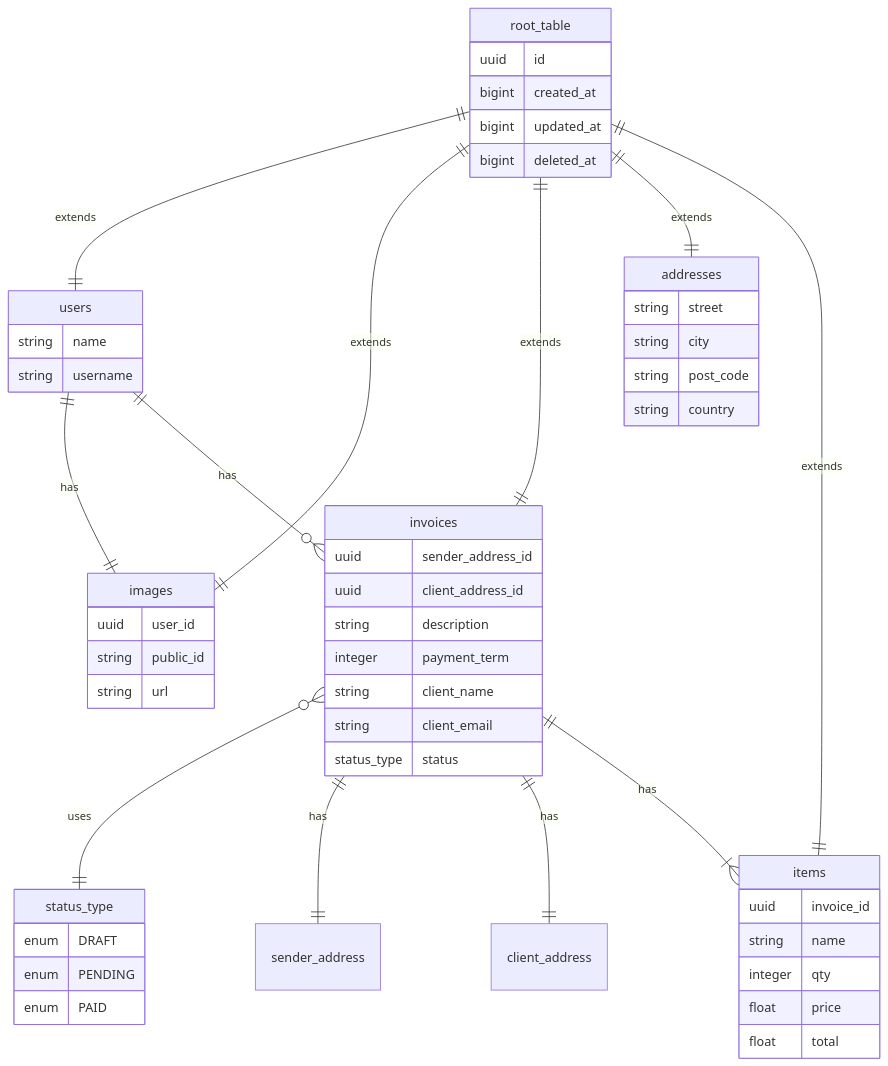
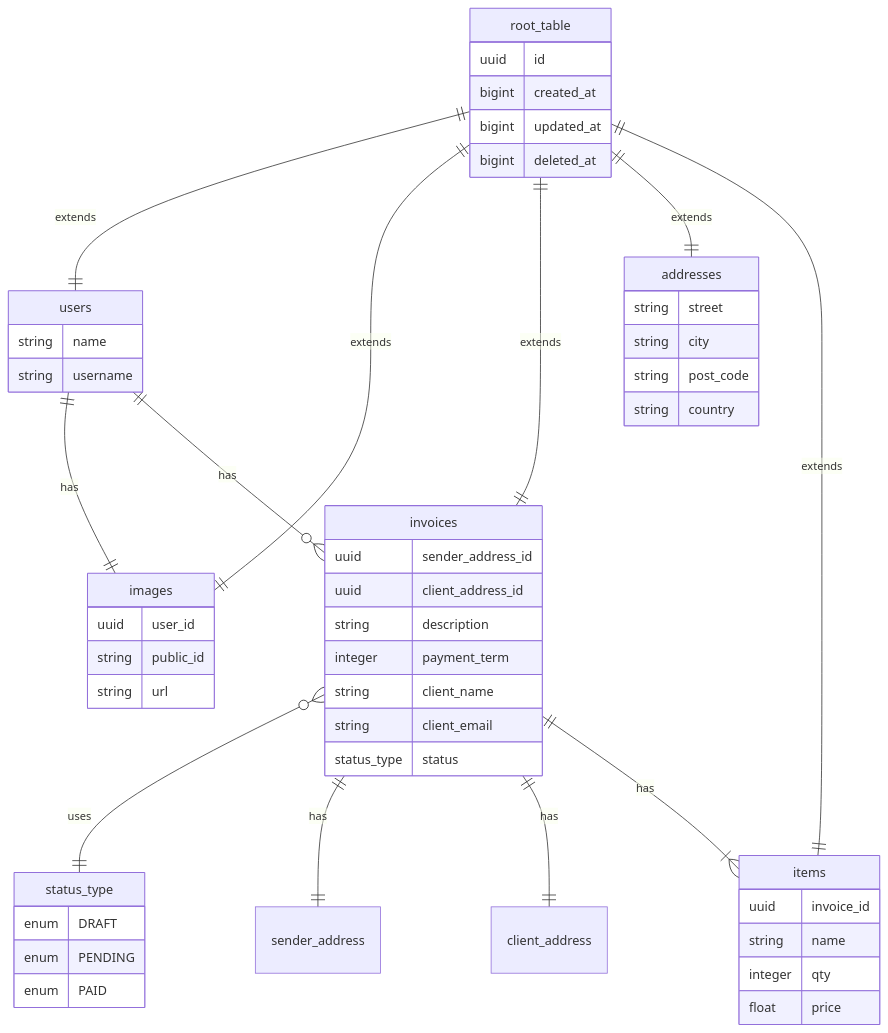
One commit to AlexanderMatveev2908/asp-invoices changed the diagram in README.md. Above: the diagram before and after it, drawn with Mermaid. The commit also changed 4 other files, not shown here.

````diff
--- a/README.md
+++ b/README.md
@@ -284,65 +284,64 @@
 ```mermaid
 erDiagram
  root_table ||--|| users : extends
  root_table ||--|| images : extends
  root_table ||--|| invoices : extends
  root_table ||--|| addresses : extends
  root_table ||--|| items : extends
 
  invoices }o--|| status_type : uses
 
  users ||--|| images : has
  users ||--}o invoices : has
  invoices ||--|| sender_address : has
  invoices ||--|| client_address : has
  invoices ||--}| items : has
 
   root_table {
     uuid id
     bigint created_at
     bigint updated_at
     bigint deleted_at
   }
 
   users {
     string name
     string username
   }
 
   images {
     uuid user_id
     string public_id
     string url
   }
 
   invoices {
     uuid sender_address_id
     uuid client_address_id
     string description
     integer payment_term
     string client_name
     string client_email
     status_type status
   }
 
   status_type {
     enum DRAFT
     enum PENDING
     enum PAID
   }
 
   addresses {
     string street
     string city
     string post_code
     string country
   }
 
   items {
     uuid invoice_id
     string name
     integer qty
     float price
-    float total
   }
 ```
````
